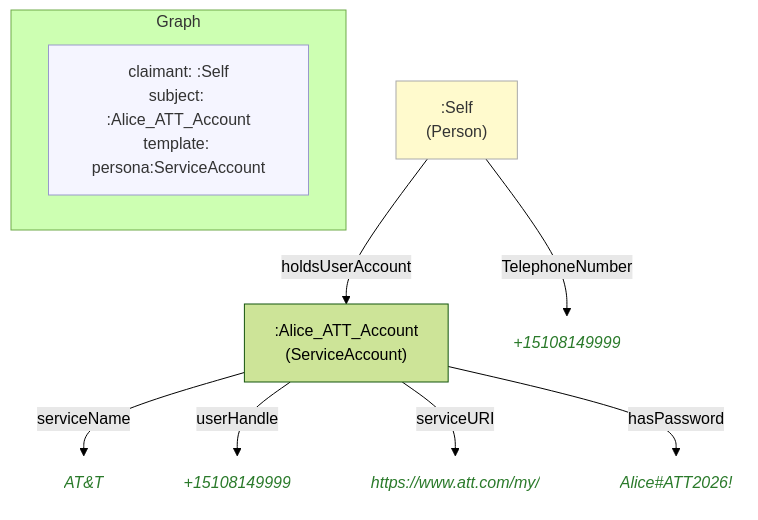
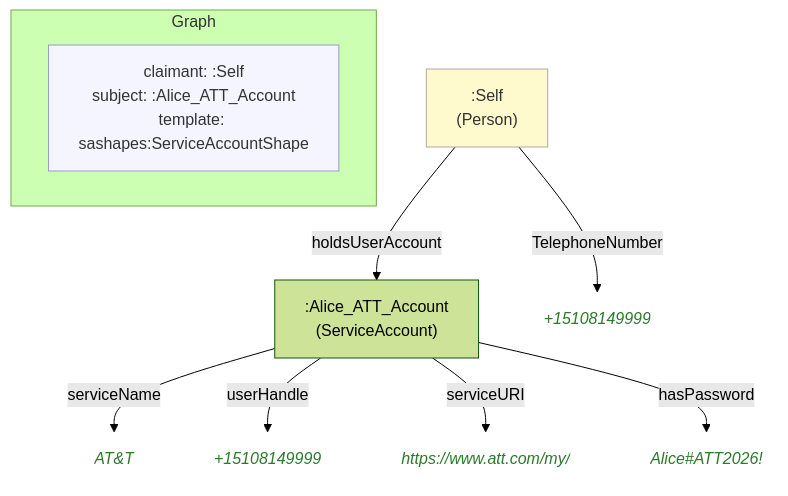
One commit to MeeFoundation/mia-ontologies changed the diagram in example/graphs/images/graph-74.mmd. Above: the diagram before and after it, drawn with Mermaid (forest theme). The commit also changed 170 other files, not shown here.

```diff
--- a/example/graphs/images/graph-74.mmd
+++ b/example/graphs/images/graph-74.mmd
@@ -1,25 +1,25 @@
 flowchart TD
     classDef person fill:#fffacd,stroke:#aaa,color:#333
     classDef org    fill:#cce5ff,stroke:#aaa,color:#333
     classDef lit    fill:none,stroke:none,font-style:italic,color:#2a7a2a
     classDef meta   fill:#f5f5ff,stroke:#9999cc,color:#333
 
     subgraph ctx["Graph"]
         direction LR
-        ctx_meta["claimant: :Self\nsubject: :Alice_ATT_Account\ntemplate: persona:ServiceAccount"]:::meta
+        ctx_meta["claimant: :Self\nsubject: :Alice_ATT_Account\ntemplate: sashapes:ServiceAccountShape"]:::meta
     end
 
     n6b841a14e1a6[":Alice_ATT_Account\n(ServiceAccount)"]
     nb207e27d4b3f("AT&T"):::lit
     n9e9b92220f65("+15108149999"):::lit
     n30d72c0afa33("https://www.att.com/my/"):::lit
-    n1a47ce515794("Alice#ATT2026!"):::lit
+    n14149baff2f5("Alice#ATT2026!"):::lit
     ne0c3ba92f1db[":Self\n(Person)"]:::person
-    n4cb0d813ad5a("+15108149999"):::lit
+    nae7cb1e74db7("+15108149999"):::lit
 
     n6b841a14e1a6 -->|"serviceName"| nb207e27d4b3f
     n6b841a14e1a6 -->|"userHandle"| n9e9b92220f65
     n6b841a14e1a6 -->|"serviceURI"| n30d72c0afa33
-    n6b841a14e1a6 -->|"hasPassword"| n1a47ce515794
-    ne0c3ba92f1db -->|"TelephoneNumber"| n4cb0d813ad5a
+    n6b841a14e1a6 -->|"hasPassword"| n14149baff2f5
+    ne0c3ba92f1db -->|"TelephoneNumber"| nae7cb1e74db7
     ne0c3ba92f1db -->|"holdsUserAccount"| n6b841a14e1a6
```
